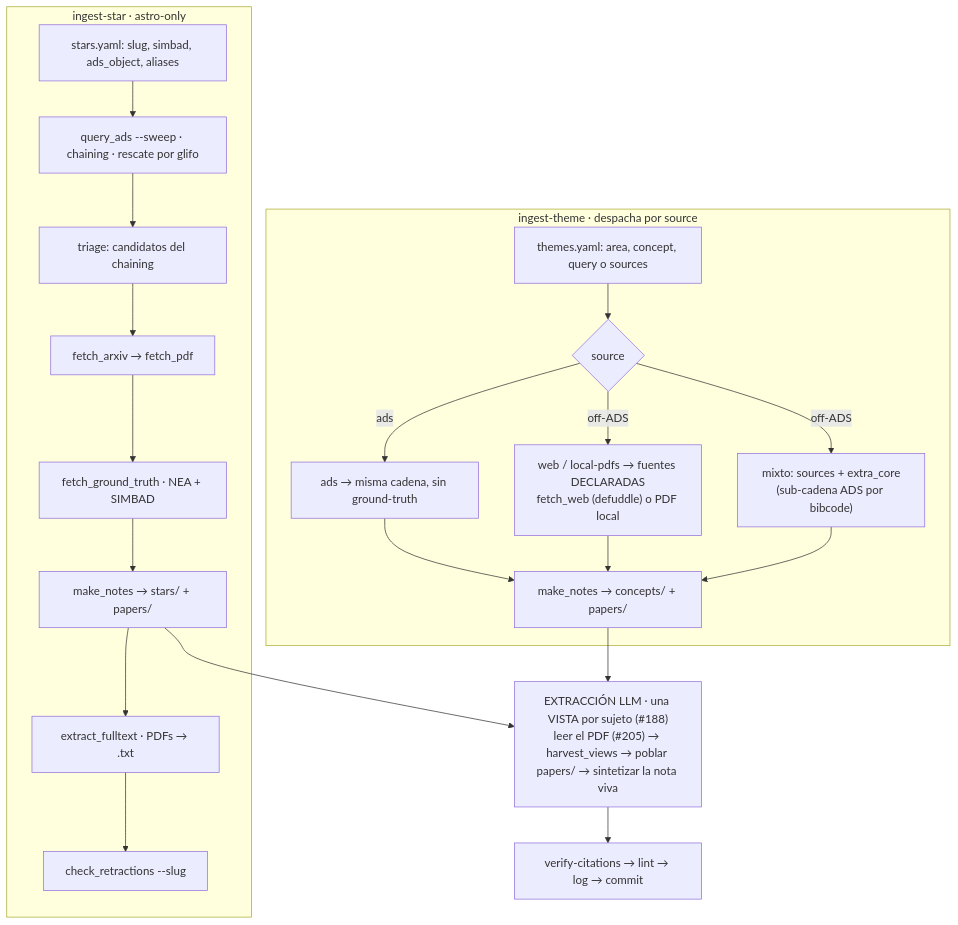
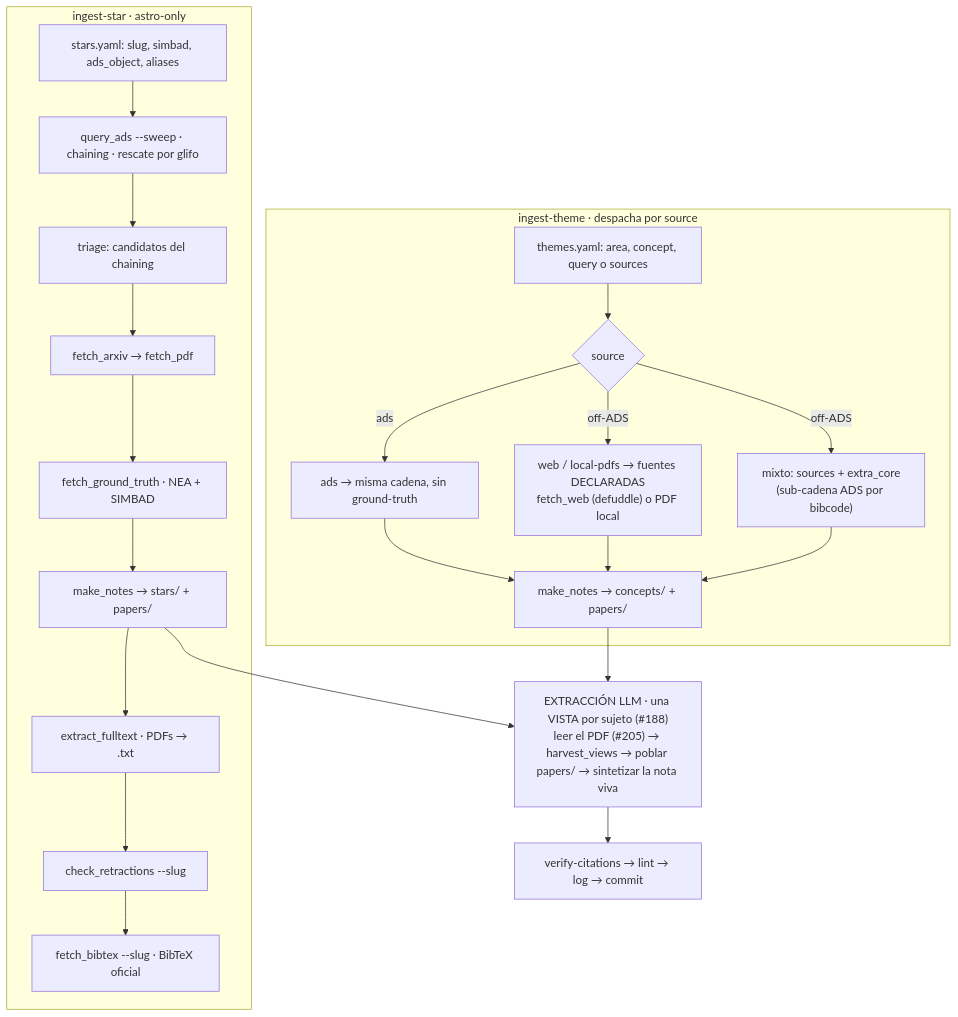
Before and after one commit to nicklessagus/Almagesto: the first of 2 diagrams in docs/ingesta.md, drawn with Mermaid. The commit also changed 17 other files, not shown here.

````diff
--- a/docs/ingesta.md
+++ b/docs/ingesta.md
@@ -106,31 +106,32 @@
 ```mermaid
 flowchart TD
     subgraph S["ingest-star · astro-only"]
         S1[stars.yaml: slug, simbad, ads_object, aliases]
         S2["query_ads --sweep · chaining · rescate por glifo"]
         S3[triage: candidatos del chaining]
         S4["fetch_arxiv → fetch_pdf"]
         S5["fetch_ground_truth · NEA + SIMBAD"]
         S6[make_notes → stars/ + papers/]
         S7["extract_fulltext · PDFs → .txt"]
         S8[check_retractions --slug]
-        S1 --> S2 --> S3 --> S4 --> S5 --> S6 --> S7 --> S8
+        S9["fetch_bibtex --slug · BibTeX oficial"]
+        S1 --> S2 --> S3 --> S4 --> S5 --> S6 --> S7 --> S8 --> S9
     end
 
     subgraph T["ingest-theme · despacha por source"]
         T1[themes.yaml: area, concept, query o sources]
         T2{source}
         T3["ads → misma cadena, sin ground-truth"]
         T4["web / local-pdfs → fuentes DECLARADAS<br/>fetch_web (defuddle) o PDF local"]
         T5["mixto: sources + extra_core<br/>(sub-cadena ADS por bibcode)"]
         T6[make_notes → concepts/ + papers/]
         T1 --> T2
         T2 -->|ads| T3 --> T6
         T2 -->|off-ADS| T4 --> T6
         T2 -->|off-ADS| T5 --> T6
     end
 
     S6 --> L["EXTRACCIÓN LLM · una VISTA por sujeto (#188)<br/>leer el PDF (#205) → harvest_views → poblar papers/ → sintetizar la nota viva"]
     T6 --> L
     L --> V["verify-citations → lint → log → commit"]
 ```
````
